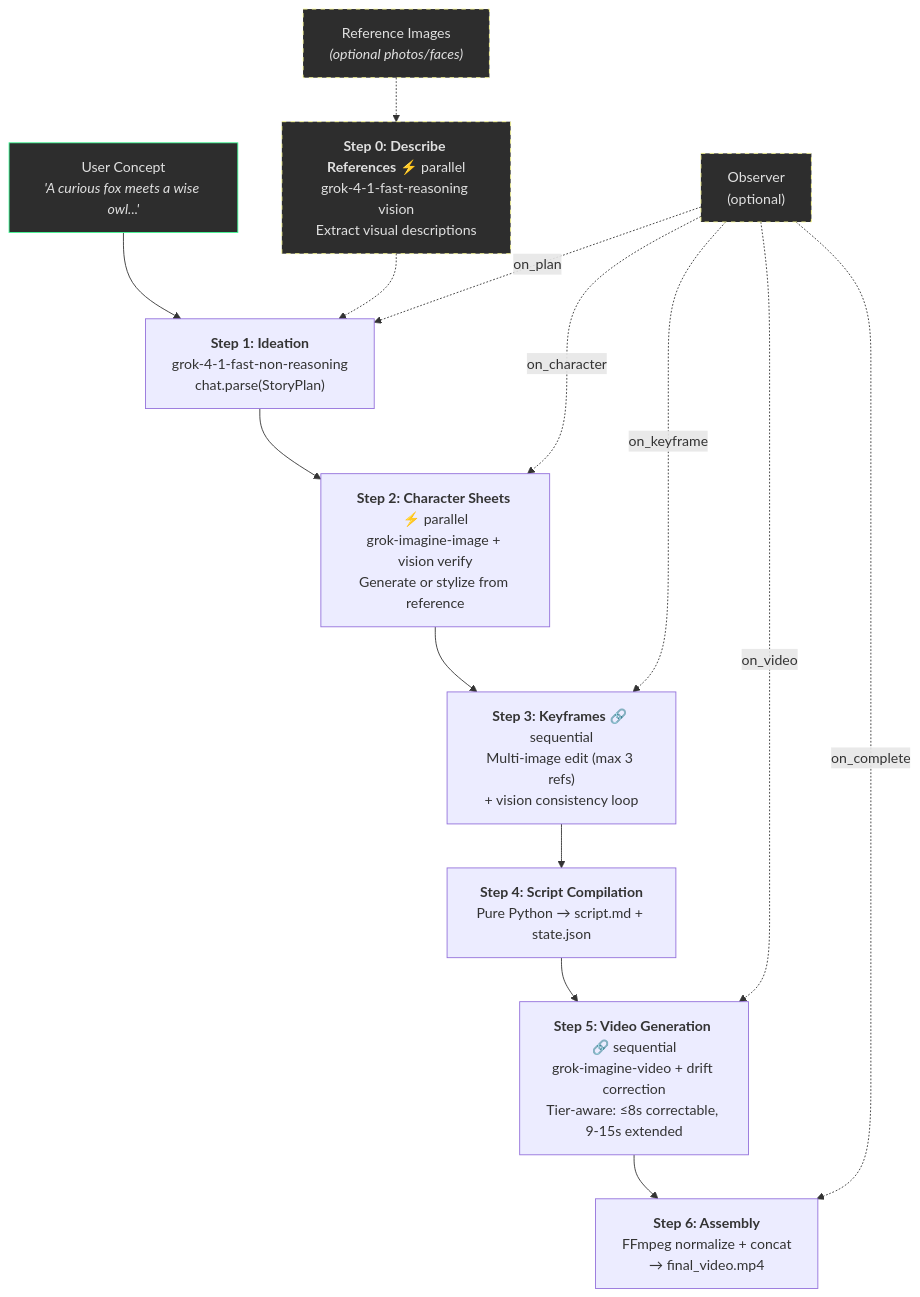
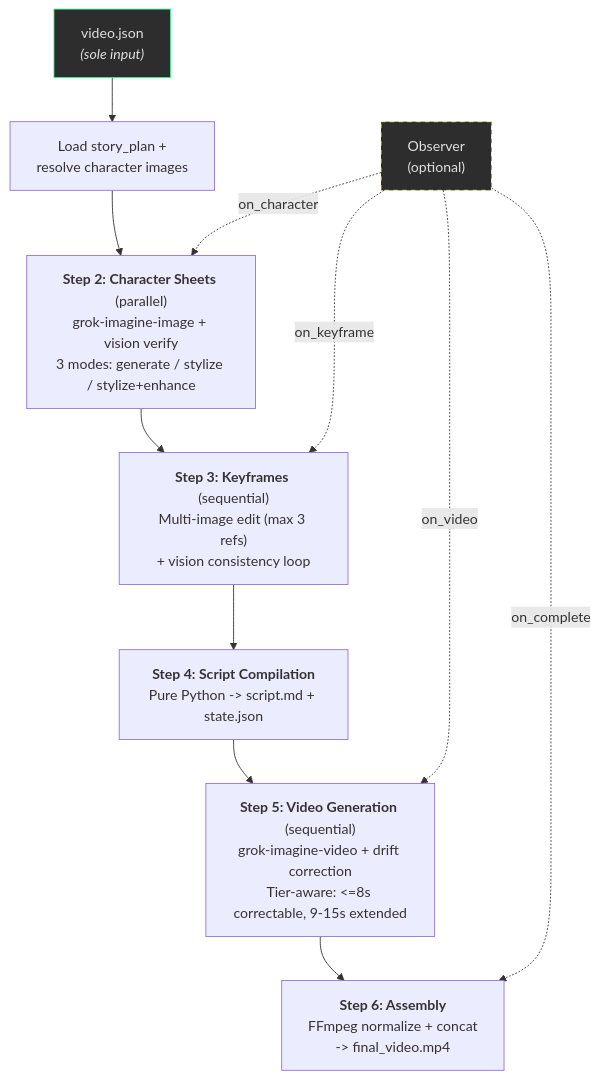
One commit to vkhansen/grok-spicy changed the first of 6 diagrams in README.md. Above: the diagram before and after it, drawn with Mermaid. The commit also changed other lines of this file and 4 other files, not shown here.

````diff
--- a/README.md
+++ b/README.md
@@ -43,24 +45,17 @@
 ```mermaid
 flowchart TD
-    A["User Concept<br/><i>'A curious fox meets a wise owl...'</i>"] --> B
-    R["Reference Images<br/><i>(optional photos/faces)</i>"] -.-> R0
-    R0["<b>Step 0: Describe References</b> ⚡ parallel<br/>grok-4-1-fast-reasoning vision<br/>Extract visual descriptions"] -.-> B
+    A["video.json<br/><i>(sole input)</i>"] --> B["Load story_plan +<br/>resolve character images"]
+    B --> C["<b>Step 2: Character Sheets</b> (parallel)<br/>grok-imagine-image + vision verify<br/>3 modes: generate / stylize / stylize+enhance"]
+    C --> D["<b>Step 3: Keyframes</b> (sequential)<br/>Multi-image edit (max 3 refs)<br/>+ vision consistency loop"]
+    D --> E["<b>Step 4: Script Compilation</b><br/>Pure Python -> script.md + state.json"]
+    E --> F["<b>Step 5: Video Generation</b> (sequential)<br/>grok-imagine-video + drift correction<br/>Tier-aware: <=8s correctable, 9-15s extended"]
+    F --> G["<b>Step 6: Assembly</b><br/>FFmpeg normalize + concat<br/>-> final_video.mp4"]
 
-    B["<b>Step 1: Ideation</b><br/>grok-4-1-fast-non-reasoning<br/>chat.parse(StoryPlan)"]
-    B --> C["<b>Step 2: Character Sheets</b> ⚡ parallel<br/>grok-imagine-image + vision verify<br/>Generate or stylize from reference"]
-    C --> D["<b>Step 3: Keyframes</b> 🔗 sequential<br/>Multi-image edit (max 3 refs)<br/>+ vision consistency loop"]
-    D --> E["<b>Step 4: Script Compilation</b><br/>Pure Python → script.md + state.json"]
-    E --> F["<b>Step 5: Video Generation</b> 🔗 sequential<br/>grok-imagine-video + drift correction<br/>Tier-aware: ≤8s correctable, 9-15s extended"]
-    F --> G["<b>Step 6: Assembly</b><br/>FFmpeg normalize + concat<br/>→ final_video.mp4"]
-
-    O["Observer<br/>(optional)"] -.->|on_plan| B
-    O -.->|on_character| C
+    O["Observer<br/>(optional)"] -.->|on_character| C
     O -.->|on_keyframe| D
     O -.->|on_video| F
     O -.->|on_complete| G
 
     style A fill:#2d2d2d,stroke:#4f9,color:#e0e0e0
-    style R fill:#2d2d2d,stroke:#ff9,color:#e0e0e0,stroke-dasharray: 5 5
-    style R0 fill:#2d2d2d,stroke:#ff9,color:#e0e0e0,stroke-dasharray: 5 5
     style O fill:#2d2d2d,stroke:#ff9,color:#e0e0e0,stroke-dasharray: 5 5
 ```
````
